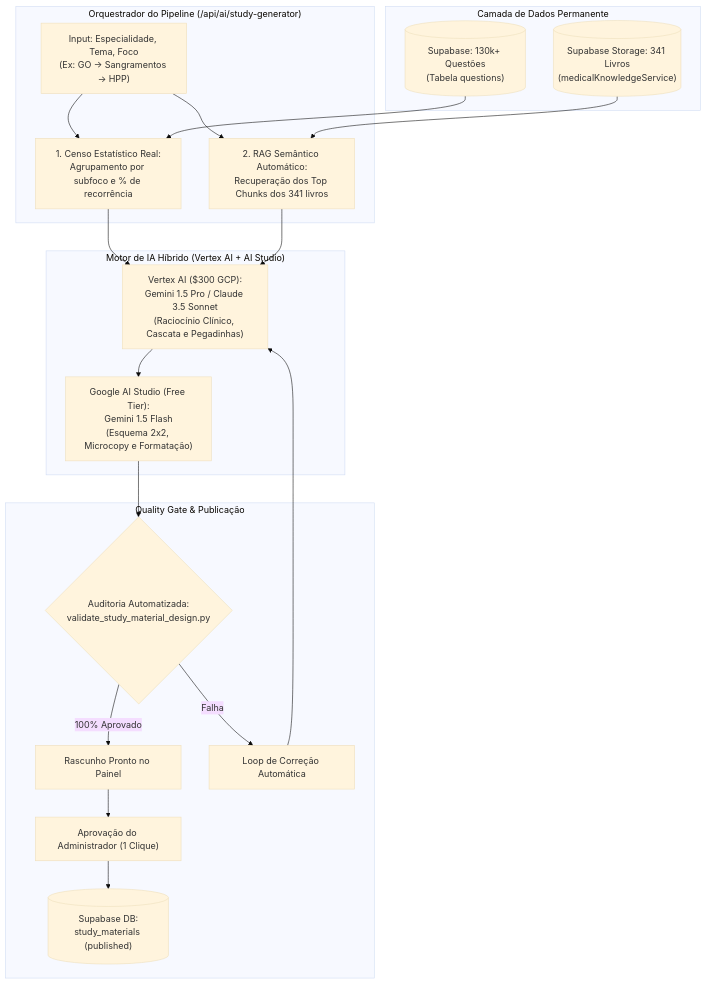
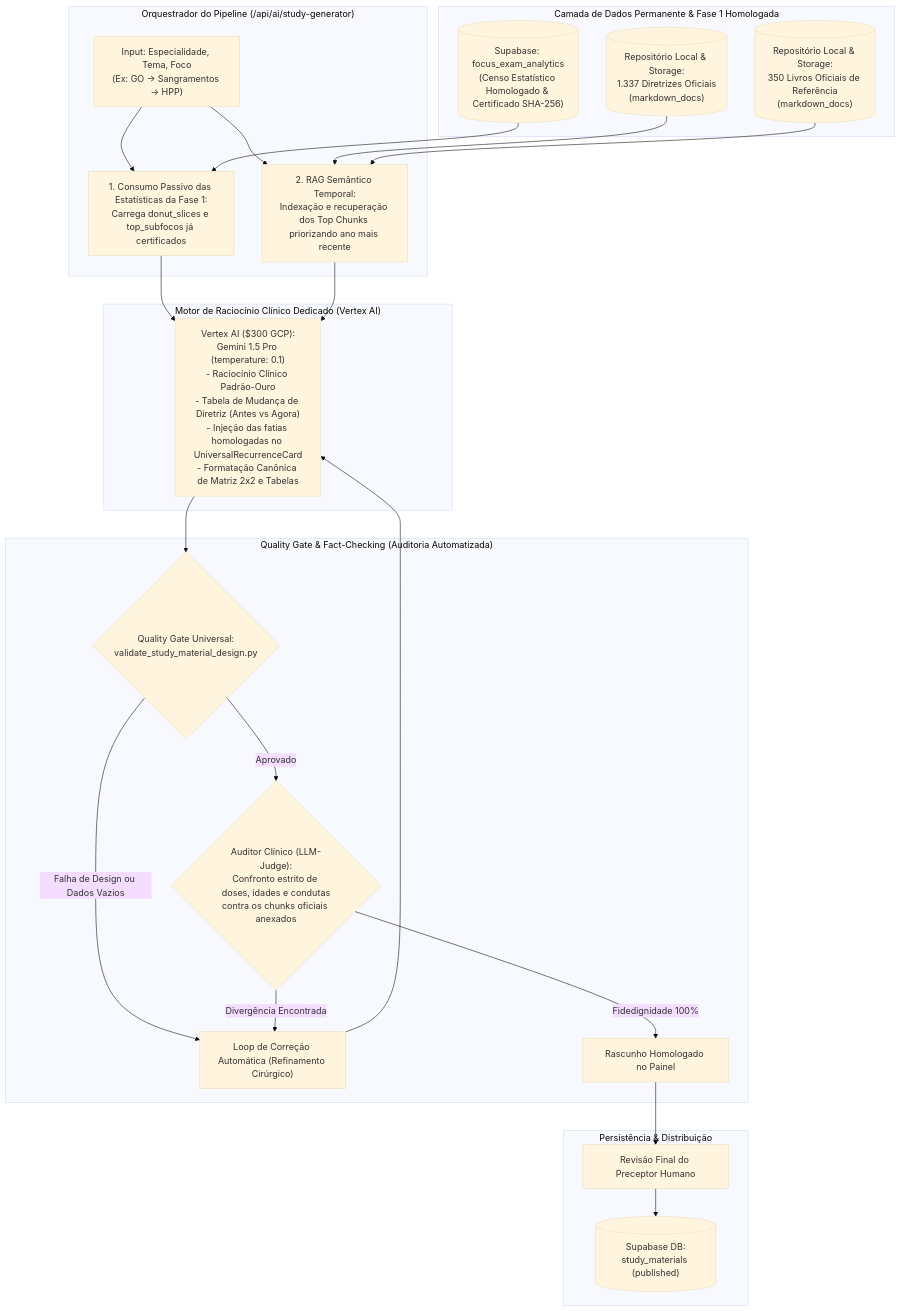
The diagram in docs/PLANO_MESTRE_RESUMOS_CLINICOS_CANONICOS.md (bancoresidencia/bancoresidencia), drawn with Mermaid (base theme) before and after one commit. The commit also changed other lines of this file and 56 other files, not shown here.

````diff
--- a/docs/PLANO_MESTRE_RESUMOS_CLINICOS_CANONICOS.md
+++ b/docs/PLANO_MESTRE_RESUMOS_CLINICOS_CANONICOS.md
@@ -24,30 +26,36 @@
 ```mermaid
 flowchart TD
-    subgraph DADOS_PERMANENTES ["Camada de Dados Permanente"]
-        DBQuestoes[("Supabase: 130k+ Questões\n(Tabela questions)")]
-        DBLivros[("Supabase Storage: 341 Livros\n(medicalKnowledgeService)")]
+    subgraph DADOS_PERMANENTES ["Camada de Dados Permanente & Fase 1 Homologada"]
+        AnalyticsFase1[("Supabase: focus_exam_analytics\n(Censo Estatístico Homologado & Certificado SHA-256)")]
+        BaseDiretrizes[("Repositório Local & Storage:\n1.337 Diretrizes Oficiais\n(markdown_docs)")]
+        BaseLivros[("Repositório Local & Storage:\n350 Livros Oficiais de Referência\n(markdown_docs)")]
     end
 
     subgraph ORQUESTRADOR ["Orquestrador do Pipeline (/api/ai/study-generator)"]
         CmdInput["Input: Especialidade, Tema, Foco\n(Ex: GO -> Sangramentos -> HPP)"]
-        CmdInput --> CensoAuto["1. Censo Estatístico Real:\nAgrupamento por subfoco e % de recorrência"]
-        CmdInput --> RAGAuto["2. RAG Semântico Automático:\nRecuperação dos Top Chunks dos 341 livros"]
+        CmdInput --> StatsLoader["1. Consumo Passivo das Estatísticas da Fase 1:\nCarrega donut_slices e top_subfocos já certificados"]
+        CmdInput --> RAGTemporal["2. RAG Semântico Temporal:\nIndexação e recuperação dos Top Chunks priorizando ano mais recente"]
     end
 
-    subgraph IA_HIBRIDA ["Motor de IA Híbrido (Vertex AI + AI Studio)"]
-        CensoAuto & RAGAuto --> VertexPro["Vertex AI ($300 GCP):\nGemini 1.5 Pro / Claude 3.5 Sonnet\n(Raciocínio Clínico, Cascata e Pegadinhas)"]
-        VertexPro --> StudioFlash["Google AI Studio (Free Tier):\nGemini 1.5 Flash\n(Esquema 2x2, Microcopy e Formatação)"]
+    subgraph MOTOR_IA ["Motor de Raciocínio Clínico Dedicado (Vertex AI)"]
+        StatsLoader & RAGTemporal --> VertexPro["Vertex AI ($300 GCP):\nGemini 1.5 Pro (temperature: 0.1)\n- Raciocínio Clínico Padrão-Ouro\n- Tabela de Mudança de Diretriz (Antes vs Agora)\n- Injeção das fatias homologadas no UniversalRecurrenceCard\n- Formatação Canônica de Matriz 2x2 e Tabelas"]
     end
 
-    subgraph QUALITY_GATE ["Quality Gate & Publicação"]
-        StudioFlash --> ValidadorPy{"Auditoria Automatizada:\nvalidate_study_material_design.py"}
-        ValidadorPy -- 100% Aprovado --> AdminDraft["Rascunho Pronto no Painel"]
-        AdminDraft --> Curador["Aprovação do Administrador (1 Clique)"]
-        Curador --> DeployProd[("Supabase DB:\nstudy_materials (published)")]
-        ValidadorPy -- Falha --> AutoFix["Loop de Correção Automática"]
+    subgraph QUALITY_GATE ["Quality Gate & Fact-Checking (Auditoria Automatizada)"]
+        VertexPro --> ValidadorPy{"Quality Gate Universal:\nvalidate_study_material_design.py"}
+        ValidadorPy -- Falha de Design ou Dados Vazios --> AutoFix["Loop de Correção Automática (Refinamento Cirúrgico)"]
         AutoFix --> VertexPro
+        ValidadorPy -- Aprovado --> FactCheckJudge{"Auditor Clínico (LLM-Judge):\nConfronto estrito de doses, idades e condutas\ncontra os chunks oficiais anexados"}
+        FactCheckJudge -- Divergência Encontrada --> AutoFix
+        FactCheckJudge -- Fidedignidade 100% --> AdminDraft["Rascunho Homologado no Painel"]
     end
 
-    DBQuestoes --> CensoAuto
-    DBLivros --> RAGAuto
+    subgraph PUBLICACAO ["Persistência & Distribuição"]
+        AdminDraft --> Curador["Revisão Final do Preceptor Humano"]
+        Curador --> DeployProd[("Supabase DB:\nstudy_materials (published)")]
+    end
+
+    AnalyticsFase1 --> StatsLoader
+    BaseDiretrizes --> RAGTemporal
+    BaseLivros --> RAGTemporal
 ```
````
